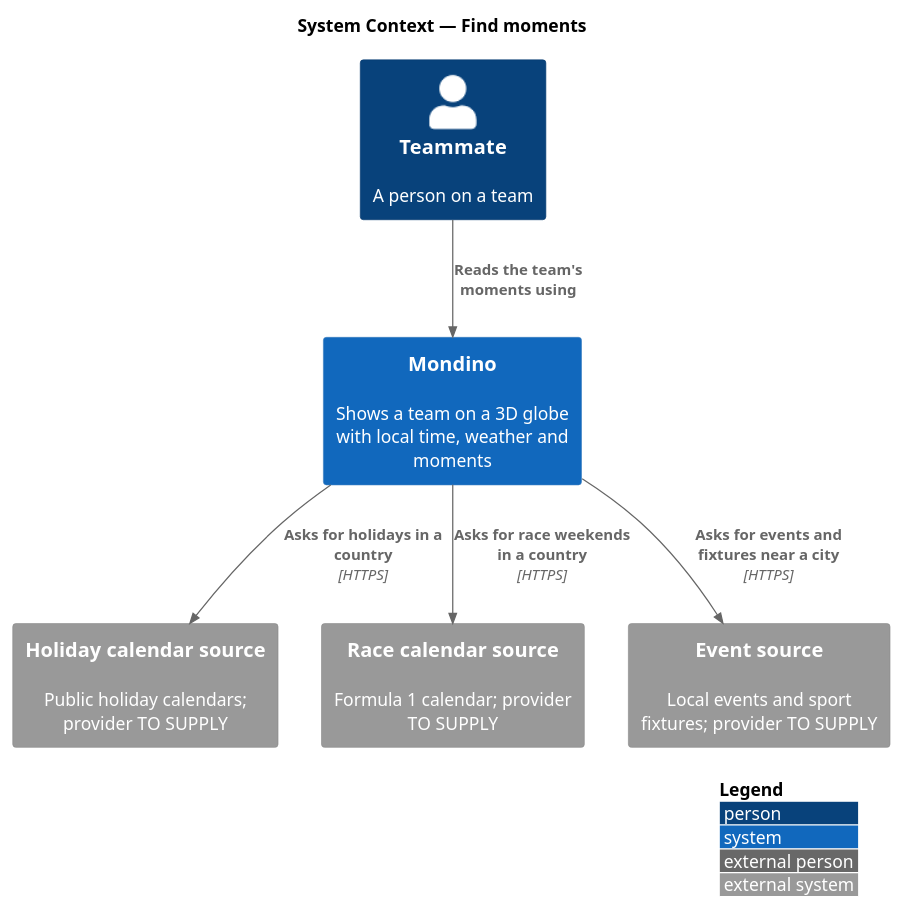
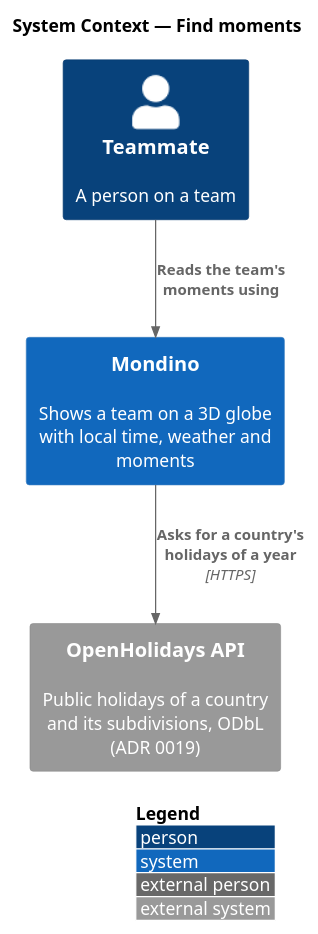
Before and after one commit to QuinntyneBrown/Mondino: the diagram in docs/detailed-designs/moments/find-moments/diagrams/c4-context.puml, drawn with PlantUML. The commit also changed 18 other files, not shown here.

```diff
--- a/docs/detailed-designs/moments/find-moments/diagrams/c4-context.puml
+++ b/docs/detailed-designs/moments/find-moments/diagrams/c4-context.puml
@@ -1,16 +1,12 @@
 @startuml
 !include <C4/C4_Context>
 LAYOUT_WITH_LEGEND()
 title System Context — Find moments
 
 Person(teammate, "Teammate", "A person on a team")
 System(mondino, "Mondino", "Shows a team on a 3D globe with local time, weather and moments")
-System_Ext(holidays, "Holiday calendar source", "Public holiday calendars; provider TO SUPPLY")
-System_Ext(races, "Race calendar source", "Formula 1 calendar; provider TO SUPPLY")
-System_Ext(events, "Event source", "Local events and sport fixtures; provider TO SUPPLY")
+System_Ext(holidays, "OpenHolidays API", "Public holidays of a country and its subdivisions, ODbL (ADR 0019)")
 
 Rel(teammate, mondino, "Reads the team's moments using")
-Rel(mondino, holidays, "Asks for holidays in a country", "HTTPS")
-Rel(mondino, races, "Asks for race weekends in a country", "HTTPS")
-Rel(mondino, events, "Asks for events and fixtures near a city", "HTTPS")
+Rel(mondino, holidays, "Asks for a country's holidays of a year", "HTTPS")
 @enduml
```
